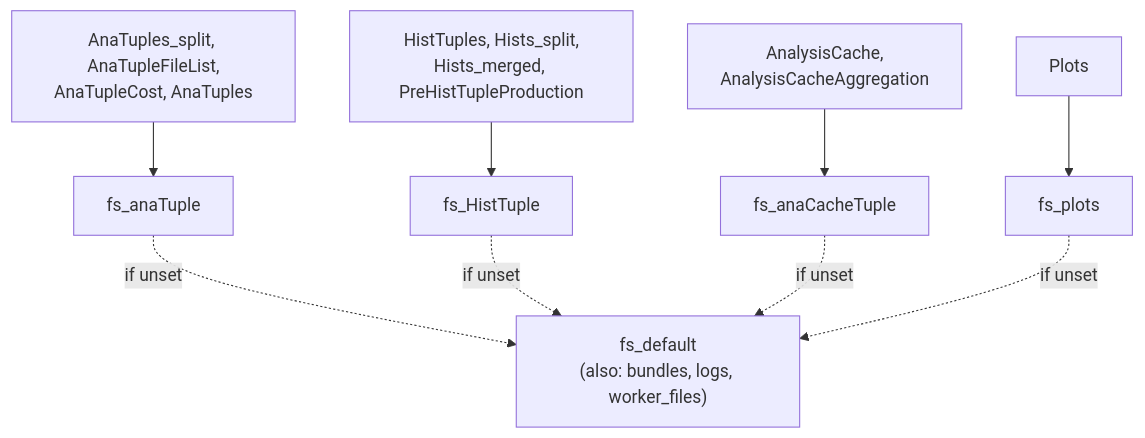
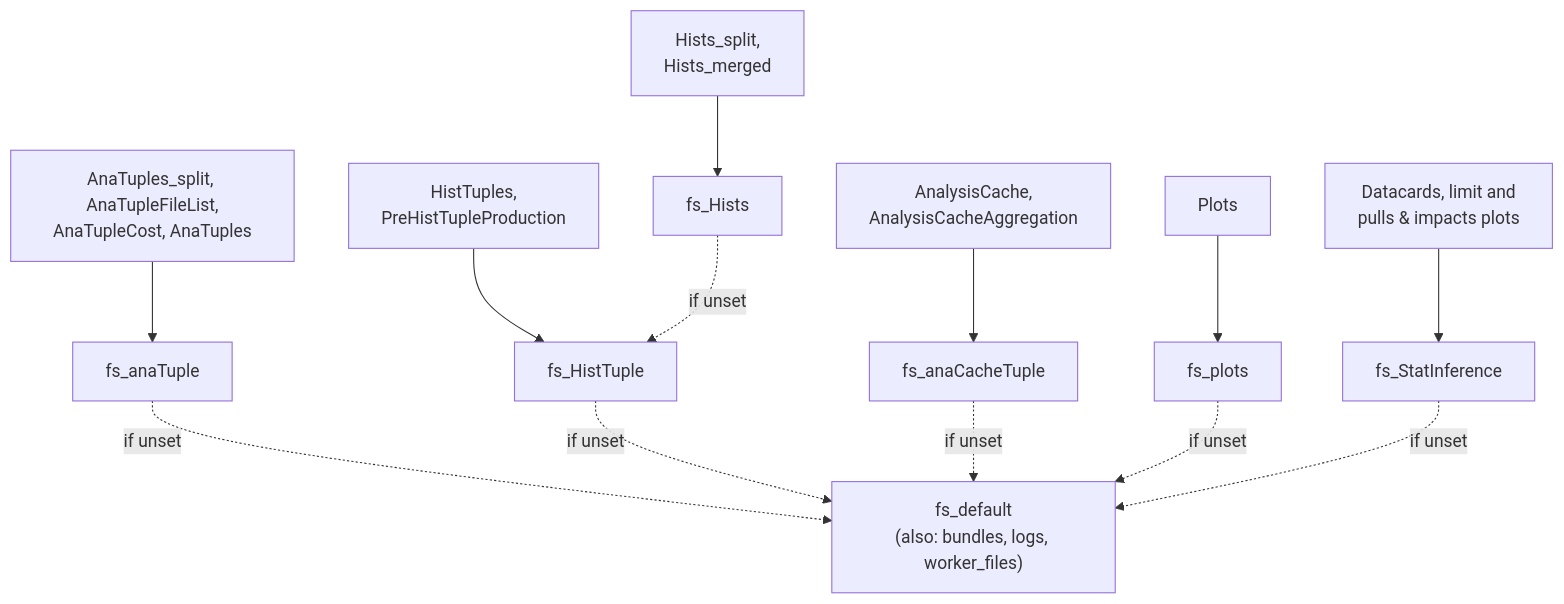
The first of 2 diagrams in docs/concepts/storage.md (cms-flaf/FLAF), drawn with Mermaid before and after one commit. The commit also changed other lines of this file and 11 other files, not shown here.

First line of the commit message:
Storage keys fs_Hists and fs_StatInference: histTuples, histograms and inference products stored independently (#405)

````diff
--- a/docs/concepts/storage.md
+++ b/docs/concepts/storage.md
@@ -25,11 +28,15 @@
 ```mermaid
 flowchart TD
     AP["AnaTuples_split, AnaTupleFileList,<br/>AnaTupleCost, AnaTuples"] --> FA["fs_anaTuple"]
-    HT["HistTuples, Hists_split,<br/>Hists_merged, PreHistTupleProduction"] --> FH["fs_HistTuple"]
+    HT["HistTuples,<br/>PreHistTupleProduction"] --> FH["fs_HistTuple"]
+    HS["Hists_split,<br/>Hists_merged"] --> FHS["fs_Hists"]
     AC["AnalysisCache,<br/>AnalysisCacheAggregation"] --> FC["fs_anaCacheTuple"]
     PL["Plots"] --> FP["fs_plots"]
+    SI["Datacards, limit and<br/>pulls & impacts plots"] --> FS["fs_StatInference"]
     FA -.->|if unset| FD["fs_default<br/>(also: bundles, logs, worker_files)"]
+    FHS -.->|if unset| FH
     FH -.->|if unset| FD
     FC -.->|if unset| FD
     FP -.->|if unset| FD
+    FS -.->|if unset| FD
 ```
````
